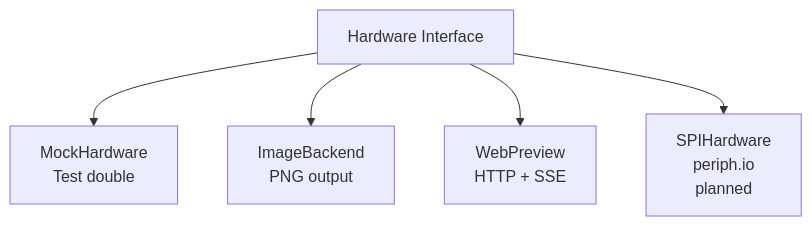
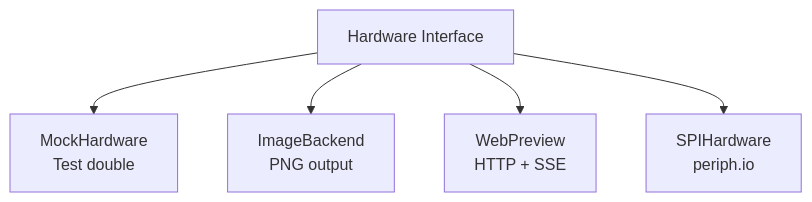
Before and after one commit to grantlucas/inkwell: the third of 3 diagrams in README.md, drawn with Mermaid. The commit also changed 7 other files, not shown here.

````diff
--- a/README.md
+++ b/README.md
@@ -75,8 +75,8 @@
 ```mermaid
 flowchart TB
     HW[Hardware Interface]
     HW --> Mock[MockHardware\nTest double]
     HW --> Img[ImageBackend\nPNG output]
     HW --> Web[WebPreview\nHTTP + SSE]
-    HW --> SPI[SPIHardware\nperiph.io\nplanned]
+    HW --> SPI[SPIHardware\nperiph.io]
 ```
````
